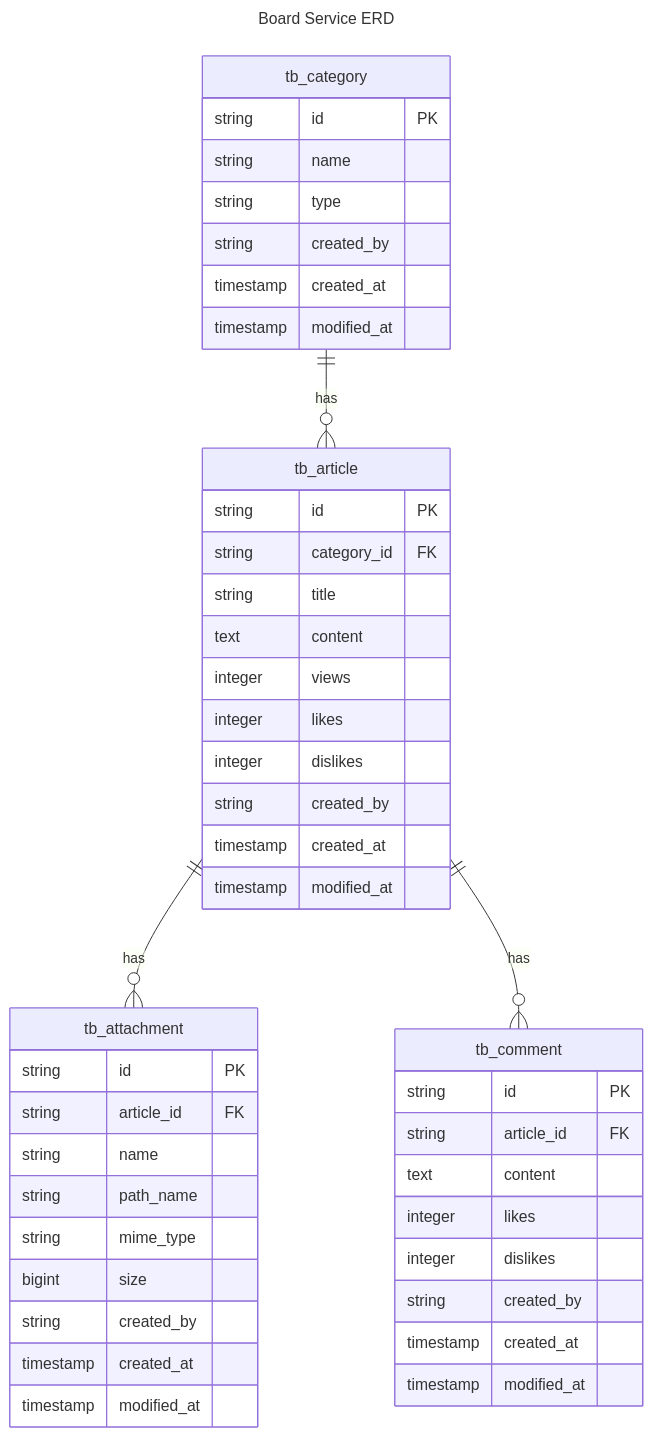
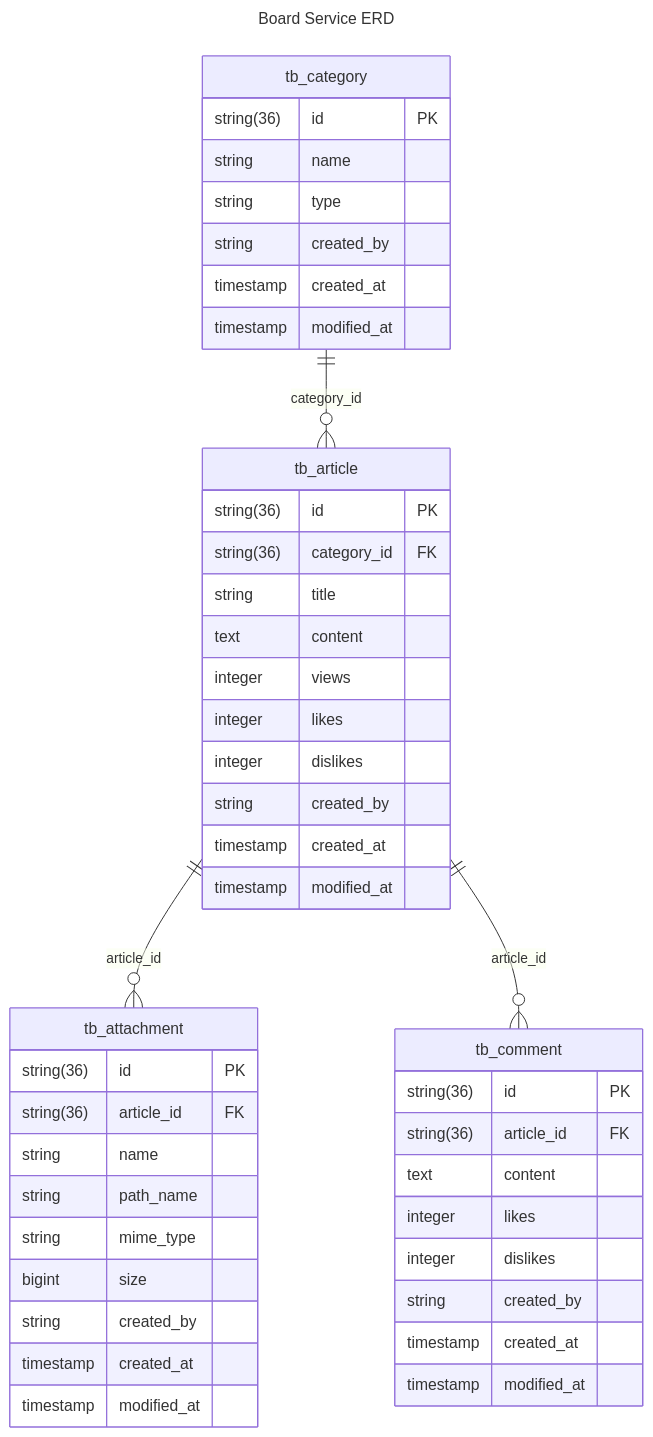
The second of 2 diagrams in board/README.md (KalGookSoo/springboot-msa), drawn with Mermaid before and after one commit. The commit also changed 2 other files, not shown here.

Commit message:
docs: README.md 수정 ERD 컬럼 명세 및 관계 설명 수정

````diff
--- a/board/README.md
+++ b/board/README.md
@@ -70,50 +70,50 @@
 ```mermaid
 ---
 title: Board Service ERD
 ---
 erDiagram
-    tb_article ||--o{ tb_attachment : has
-    tb_article ||--o{ tb_comment : has
-    tb_category ||--o{ tb_article : has
     tb_category {
-        string id PK
+        string(36) id PK
         string name
         string type
         string created_by
         timestamp created_at
         timestamp modified_at
     }
     tb_article {
-        string id PK
-        string category_id FK
+        string(36) id PK
+        string(36) category_id FK
         string title
         text content
         integer views
         integer likes
         integer dislikes
         string created_by
         timestamp created_at
         timestamp modified_at
     }
     tb_attachment {
-        string id PK
-        string article_id FK
+        string(36) id PK
+        string(36) article_id FK
         string name
         string path_name
         string mime_type
         bigint size
         string created_by
         timestamp created_at
         timestamp modified_at
     }
     tb_comment {
-        string id PK
-        string article_id FK
+        string(36) id PK
+        string(36) article_id FK
         text content
         integer likes
         integer dislikes
         string created_by
         timestamp created_at
         timestamp modified_at
     }
+    tb_article ||--o{ tb_attachment : article_id
+    tb_article ||--o{ tb_comment : article_id
+    tb_category ||--o{ tb_article : category_id
 ```
````
